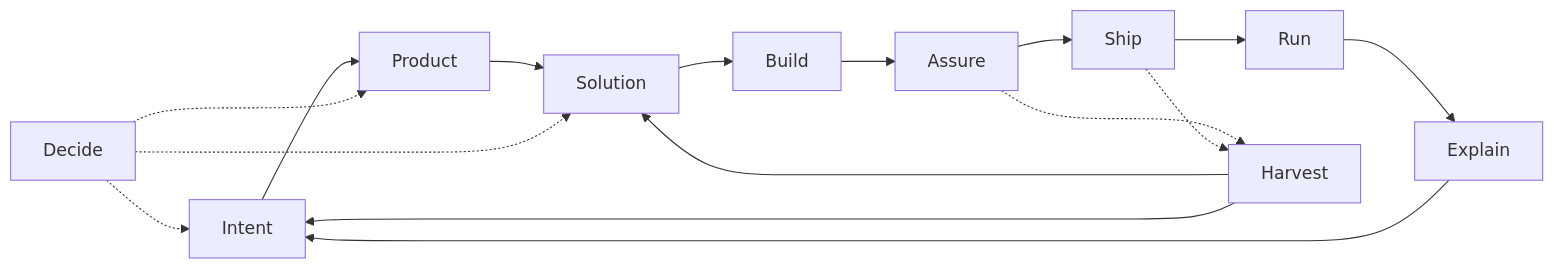
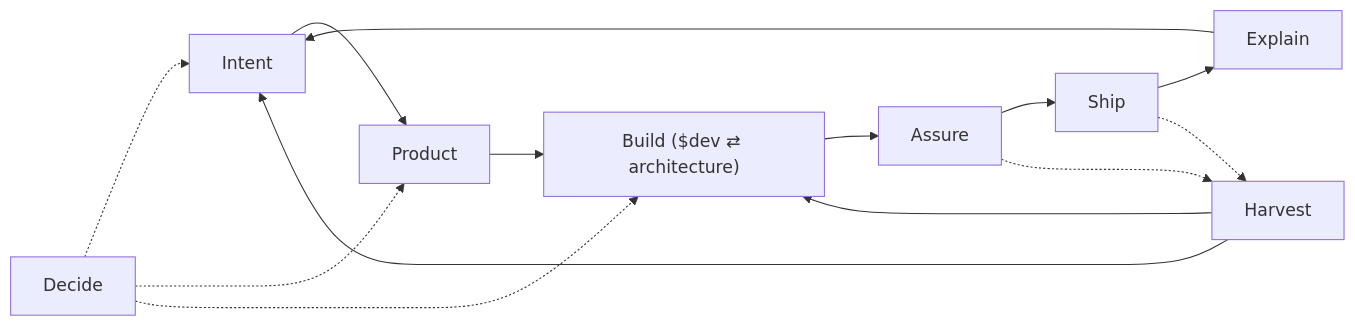
One commit to gildesmarais/dotfiles changed the diagram in agents/skills/README.md. Above: the diagram before and after it, drawn with Mermaid. The commit also changed other lines of this file and 4 other files, not shown here.

````diff
--- a/agents/skills/README.md
+++ b/agents/skills/README.md
@@ -26,18 +26,16 @@
 ```mermaid
 flowchart LR
   Intent[Intent] --> Product[Product]
-  Product --> Solution[Solution]
-  Solution --> Build[Build]
+  Product --> Build["Build ($dev ⇄ architecture)"]
   Build --> Assure[Assure]
   Assure --> Ship[Ship]
-  Ship --> Run[Run]
-  Run --> Explain[Explain]
+  Ship --> Explain[Explain]
   Explain --> Intent
   Assure -.-> Harvest[Harvest]
   Ship -.-> Harvest
-  Harvest --> Solution
+  Harvest --> Build
   Harvest --> Intent
   Decide[Decide] -.-> Intent
   Decide -.-> Product
-  Decide -.-> Solution
+  Decide -.-> Build
 ```
````
